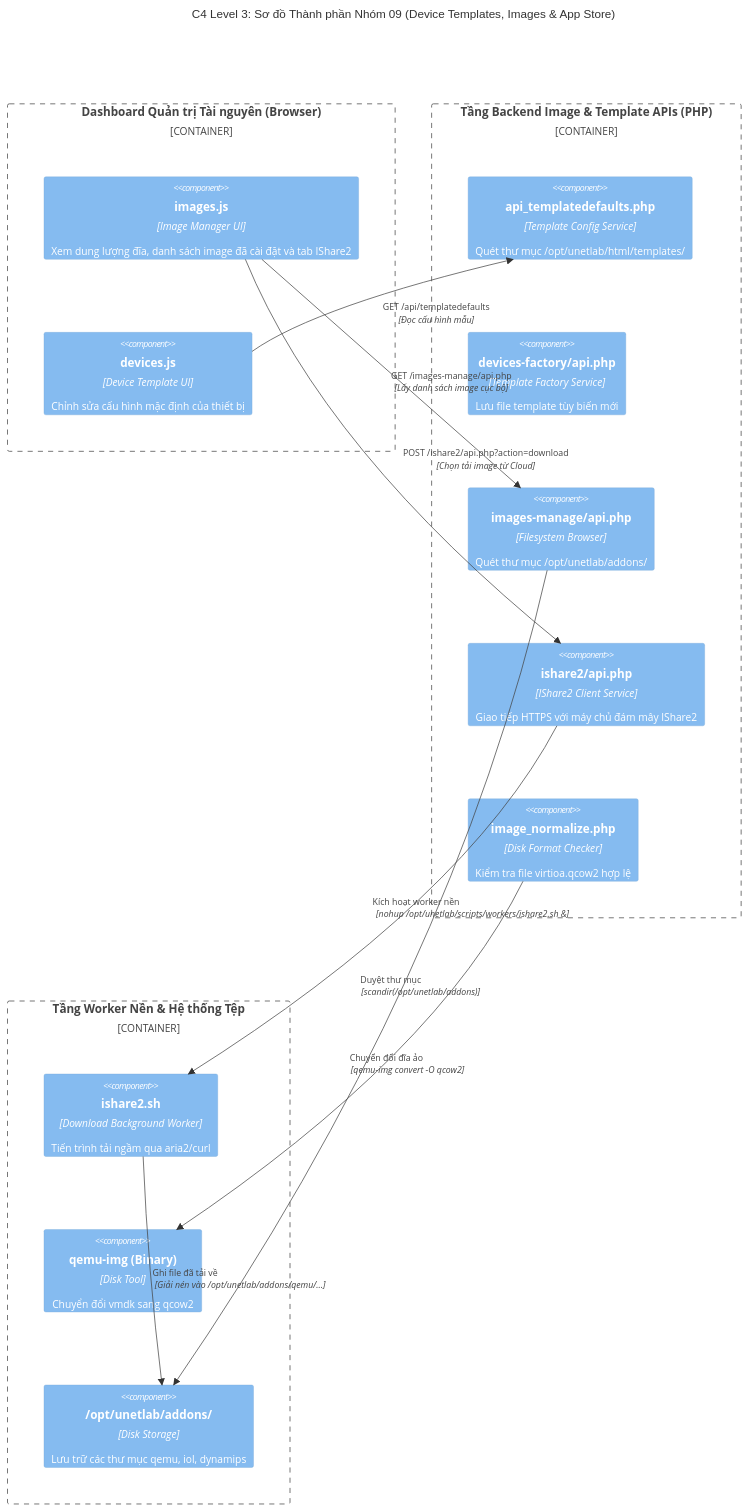
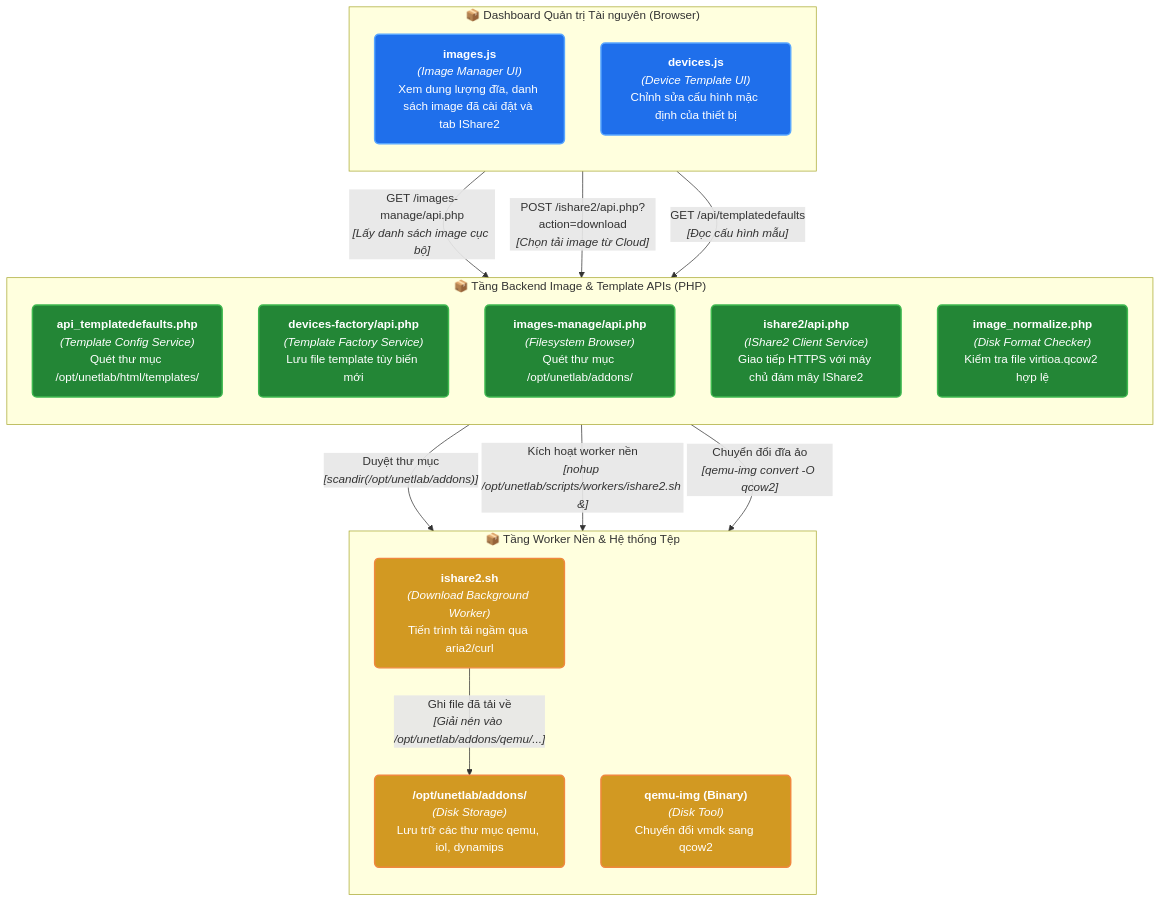
Before and after one commit to Luuxinhxinh/pnet-v8: the diagram in 01-feature-groups/09-device-templates-images.md, drawn with Mermaid. The commit also changed 11 other files, not shown here.

Commit message:
docs(level1): refactor all 12 feature group C4 diagrams to clean flowchart TD

````diff
--- a/01-feature-groups/09-device-templates-images.md
+++ b/01-feature-groups/09-device-templates-images.md
@@ -58,31 +58,40 @@
 ```mermaid
-C4Component
-    title C4 Level 3: Sơ đồ Thành phần Nhóm 09 (Device Templates, Images & App Store)
+flowchart TD
+    %% Styling classes
+    classDef ui fill:#1f6feb,stroke:#58a6ff,stroke-width:2px,color:#ffffff,rx:6px,ry:6px;
+    classDef api fill:#238636,stroke:#3fb950,stroke-width:2px,color:#ffffff,rx:6px,ry:6px;
+    classDef wrap fill:#d29922,stroke:#f0883e,stroke-width:2px,color:#ffffff,rx:6px,ry:6px;
+    classDef kernel fill:#8957e5,stroke:#a371f7,stroke-width:2px,color:#ffffff,rx:6px,ry:6px;
+    classDef storage fill:#21262d,stroke:#8b949e,stroke-width:1.5px,color:#c9d1d9,rx:6px,ry:6px;
 
-    Container_Boundary(web_dashboard, "Dashboard Quản trị Tài nguyên (Browser)") {
-        Component(images_ui, "images.js", "Image Manager UI", "Xem dung lượng đĩa, danh sách image đã cài đặt và tab IShare2")
-        Component(devices_ui, "devices.js", "Device Template UI", "Chỉnh sửa cấu hình mặc định của thiết bị")
-    }
+    subgraph SG_web_dashboard [" 📦 Dashboard Quản trị Tài nguyên (Browser) "]
+        direction TB
+        images_ui["<b>images.js</b><br/><i>(Image Manager UI)</i><br/>Xem dung lượng đĩa, danh sách image đã cài đặt và tab IShare2"]:::ui
+        devices_ui["<b>devices.js</b><br/><i>(Device Template UI)</i><br/>Chỉnh sửa cấu hình mặc định của thiết bị"]:::ui
+    end
 
-    Container_Boundary(image_apis, "Tầng Backend Image & Template APIs (PHP)") {
-        Component(template_api, "api_templatedefaults.php", "Template Config Service", "Quét thư mục /opt/unetlab/html/templates/")
-        Component(factory_api, "devices-factory/api.php", "Template Factory Service", "Lưu file template tùy biến mới")
-        Component(manage_api, "images-manage/api.php", "Filesystem Browser", "Quét thư mục /opt/unetlab/addons/")
-        Component(ishare_api, "ishare2/api.php", "IShare2 Client Service", "Giao tiếp HTTPS với máy chủ đám mây IShare2")
-        Component(normalizer_api, "image_normalize.php", "Disk Format Checker", "Kiểm tra file virtioa.qcow2 hợp lệ")
-    }
+    subgraph SG_image_apis [" 📦 Tầng Backend Image & Template APIs (PHP) "]
+        direction TB
+        template_api["<b>api_templatedefaults.php</b><br/><i>(Template Config Service)</i><br/>Quét thư mục /opt/unetlab/html/templates/"]:::api
+        factory_api["<b>devices-factory/api.php</b><br/><i>(Template Factory Service)</i><br/>Lưu file template tùy biến mới"]:::api
+        manage_api["<b>images-manage/api.php</b><br/><i>(Filesystem Browser)</i><br/>Quét thư mục /opt/unetlab/addons/"]:::api
+        ishare_api["<b>ishare2/api.php</b><br/><i>(IShare2 Client Service)</i><br/>Giao tiếp HTTPS với máy chủ đám mây IShare2"]:::api
+        normalizer_api["<b>image_normalize.php</b><br/><i>(Disk Format Checker)</i><br/>Kiểm tra file virtioa.qcow2 hợp lệ"]:::api
+    end
 
-    Container_Boundary(system_workers, "Tầng Worker Nền & Hệ thống Tệp") {
-        Component(ishare_worker, "ishare2.sh", "Download Background Worker", "Tiến trình tải ngầm qua aria2/curl")
-        Component(qemu_img, "qemu-img (Binary)", "Disk Tool", "Chuyển đổi vmdk sang qcow2")
-        Component(addons_fs, "/opt/unetlab/addons/", "Disk Storage", "Lưu trữ các thư mục qemu, iol, dynamips")
-    }
+    subgraph SG_system_workers [" 📦 Tầng Worker Nền & Hệ thống Tệp "]
+        direction TB
+        ishare_worker["<b>ishare2.sh</b><br/><i>(Download Background Worker)</i><br/>Tiến trình tải ngầm qua aria2/curl"]:::wrap
+        qemu_img["<b>qemu-img (Binary)</b><br/><i>(Disk Tool)</i><br/>Chuyển đổi vmdk sang qcow2"]:::wrap
+        addons_fs["<b>/opt/unetlab/addons/</b><br/><i>(Disk Storage)</i><br/>Lưu trữ các thư mục qemu, iol, dynamips"]:::wrap
+    end
 
-    Rel(images_ui, manage_api, "GET /images-manage/api.php", "Lấy danh sách image cục bộ")
-    Rel(images_ui, ishare_api, "POST /ishare2/api.php?action=download", "Chọn tải image từ Cloud")
-    Rel(manage_api, addons_fs, "Duyệt thư mục", "scandir(/opt/unetlab/addons)")
-    Rel(ishare_api, ishare_worker, "Kích hoạt worker nền", "nohup /opt/unetlab/scripts/workers/ishare2.sh &")
-    Rel(ishare_worker, addons_fs, "Ghi file đã tải về", "Giải nén vào /opt/unetlab/addons/qemu/...")
-    Rel(normalizer_api, qemu_img, "Chuyển đổi đĩa ảo", "qemu-img convert -O qcow2")
-    Rel(devices_ui, template_api, "GET /api/templatedefaults", "Đọc cấu hình mẫu")
+    %% Quan hệ giữa các thành phần
+    images_ui -->|"GET /images-manage/api.php<br/><i>[Lấy danh sách image cục bộ]</i>"| manage_api
+    images_ui -->|"POST /ishare2/api.php?action=download<br/><i>[Chọn tải image từ Cloud]</i>"| ishare_api
+    manage_api -->|"Duyệt thư mục<br/><i>[scandir(/opt/unetlab/addons)]</i>"| addons_fs
+    ishare_api -->|"Kích hoạt worker nền<br/><i>[nohup /opt/unetlab/scripts/workers/ishare2.sh &]</i>"| ishare_worker
+    ishare_worker -->|"Ghi file đã tải về<br/><i>[Giải nén vào /opt/unetlab/addons/qemu/...]</i>"| addons_fs
+    normalizer_api -->|"Chuyển đổi đĩa ảo<br/><i>[qemu-img convert -O qcow2]</i>"| qemu_img
+    devices_ui -->|"GET /api/templatedefaults<br/><i>[Đọc cấu hình mẫu]</i>"| template_api
 ```
````
